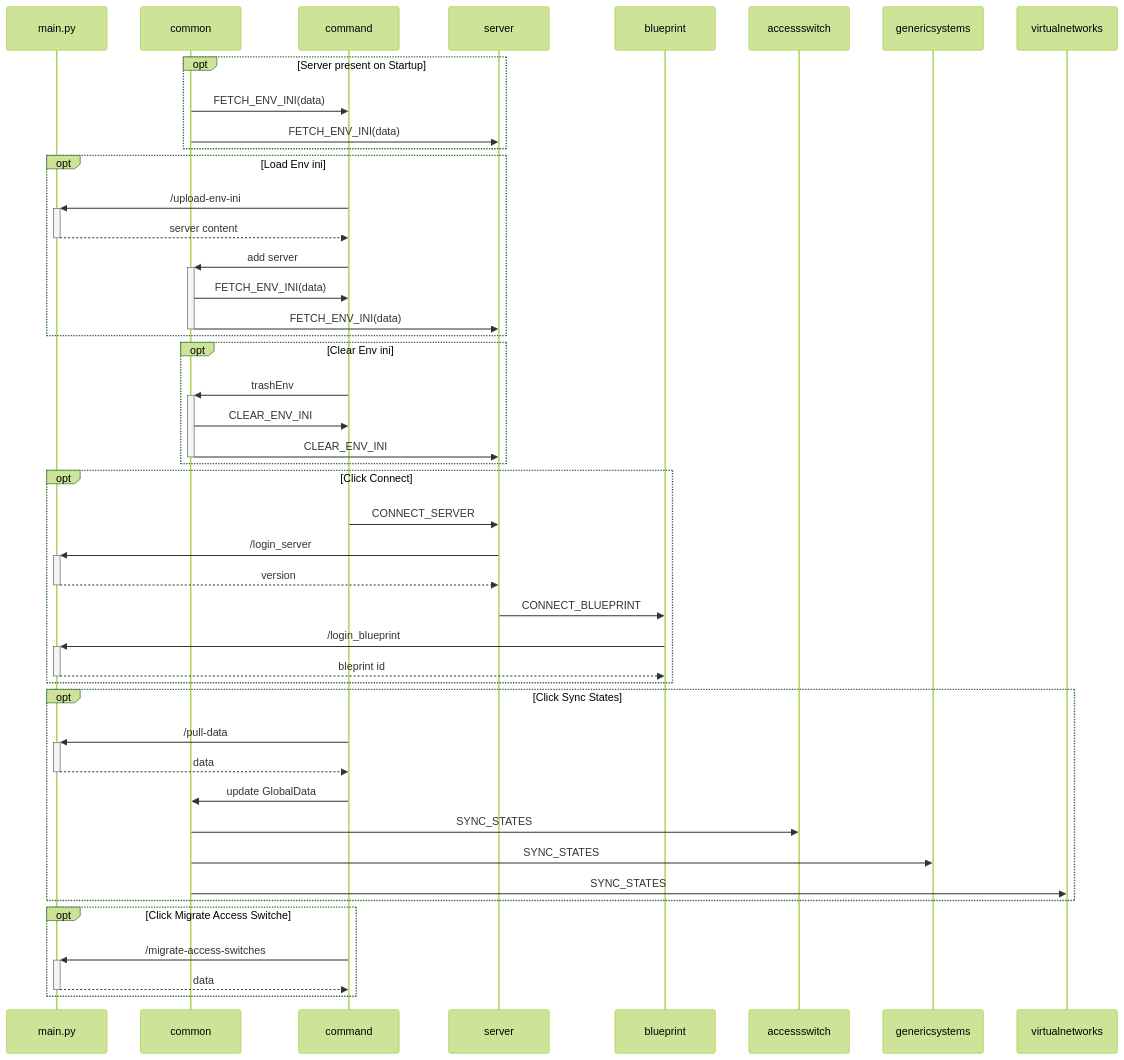
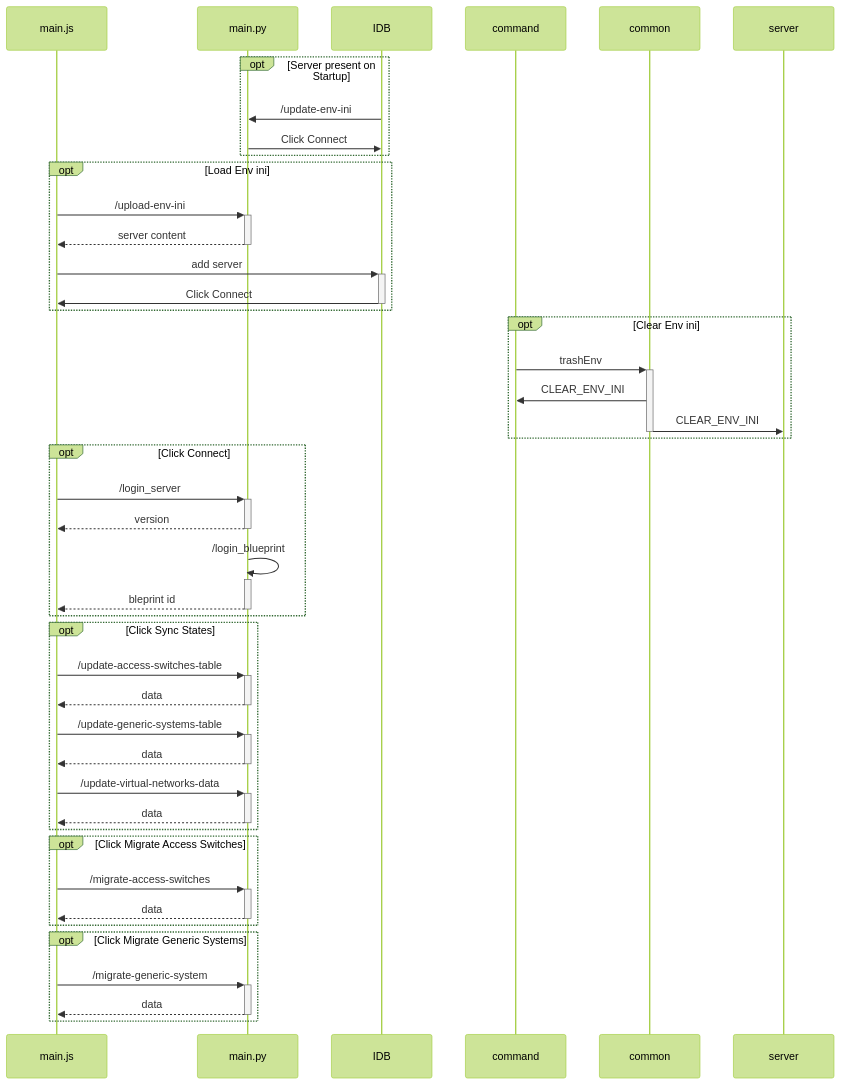
The diagram in README-sequences.md (kimcharli/bp-consolidation-web), drawn with Mermaid (forest theme) before and after one commit. The commit also changed 4 other files, not shown here.

````diff
--- a/README-sequences.md
+++ b/README-sequences.md
@@ -1,48 +1,47 @@
 ```mermaid
 sequenceDiagram
+    participant main.js
     participant main.py
-    participant common
-    participant command
-    participant server
-    participant blueprint
-    participant accessswitch
-    participant genericsystems
 
     opt Server present on Startup
-        common ->> command: FETCH_ENV_INI(data)
-        common ->> server: FETCH_ENV_INI(data)
+        IDB ->> main.py: /update-env-ini
+        main.py ->> IDB: Click Connect
     end
     opt Load Env ini
-        command ->> +main.py: /upload-env-ini
-        main.py -->> -command: server content
-        command ->> +common: add server
-        common ->> command: FETCH_ENV_INI(data)
-        common ->> -server: FETCH_ENV_INI(data)
+        main.js ->> +main.py: /upload-env-ini
+        main.py -->> -main.js: server content
+        main.js ->> +IDB: add server
+        IDB ->> -main.js: Click Connect
     end
     opt Clear Env ini
         command ->> +common: trashEnv
         common ->> command: CLEAR_ENV_INI
         common ->> -server: CLEAR_ENV_INI
     end
+
     opt Click Connect
-        command ->> server: CONNECT_SERVER
-        server ->> +main.py: /login_server
-        main.py -->> -server: version
-        server ->> blueprint: CONNECT_BLUEPRINT
-        blueprint ->> +main.py: /login_blueprint
-        main.py -->> -blueprint: bleprint id
+        main.js ->> +main.py: /login_server
+        main.py -->> -main.js: version
+        main.py ->> +main.py: /login_blueprint
+        main.py -->> -main.js: bleprint id
     end
+
     opt Click Sync States
-        command ->> +main.py: /pull-data
-        main.py -->> -command: data
-        command ->> common: update GlobalData
-        common ->> accessswitch: SYNC_STATES
-        common ->> genericsystems: SYNC_STATES
-        common ->> virtualnetworks: SYNC_STATES
+        main.js ->> +main.py: /update-access-switches-table
+        main.py -->> -main.js: data
+        main.js ->> +main.py: /update-generic-systems-table
+        main.py -->> -main.js: data
+        main.js ->> +main.py: /update-virtual-networks-data
+        main.py -->> -main.js: data
+    end
 
+    opt Click Migrate Access Switches
+        main.js ->>+main.py: /migrate-access-switches
+        main.py -->> -main.js: data
     end
-    opt Click Migrate Access Switche
-        command ->>+main.py: /migrate-access-switches
-        main.py -->> -command: data
+
+    opt Click Migrate Generic Systems
+        main.js ->>+main.py: /migrate-generic-system
+        main.py -->> -main.js: data
     end
 ```
````
